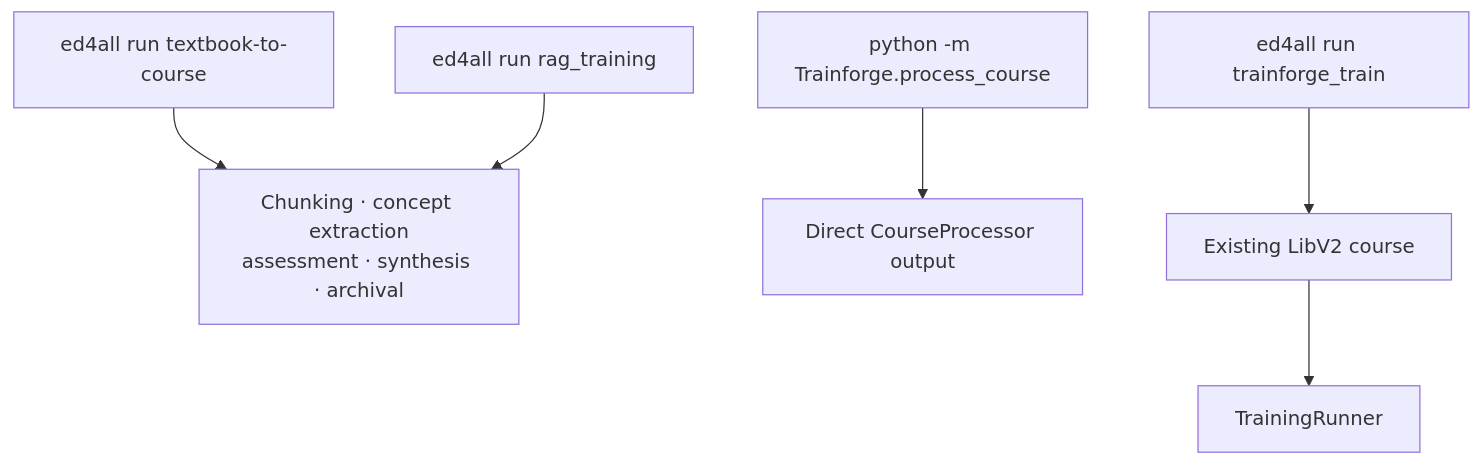
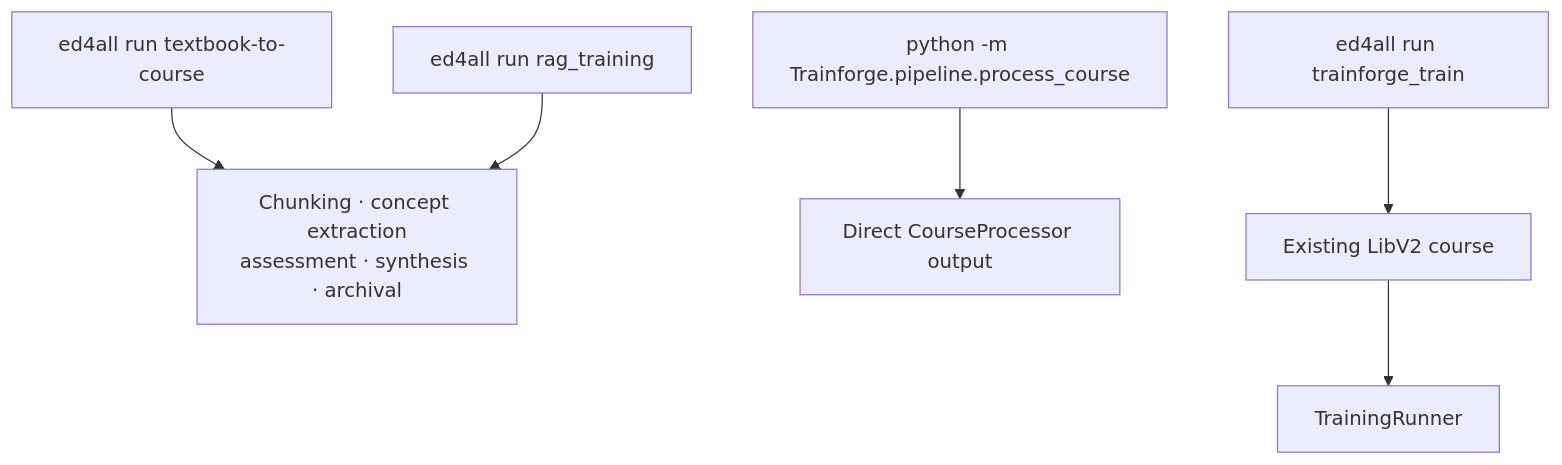
One commit to mdmurphy822/Ed4All changed the second of 3 diagrams in Trainforge/architecture.md. Above: the diagram before and after it, drawn with Mermaid. The commit also changed 149 other files, not shown here.

Commit message:
refactor(trainforge): place course processing under pipeline

````diff
--- a/Trainforge/architecture.md
+++ b/Trainforge/architecture.md
@@ -43,8 +43,8 @@
 ```mermaid
 flowchart TB
     full["ed4all run textbook-to-course"] --> phases["Chunking · concept extraction<br/>assessment · synthesis · archival"]
     rag["ed4all run rag_training"] --> phases
-    direct["python -m Trainforge.process_course"] --> processor["Direct CourseProcessor output"]
+    direct["python -m Trainforge.pipeline.process_course"] --> processor["Direct CourseProcessor output"]
     train["ed4all run trainforge_train"] --> imported["Existing LibV2 course"]
     imported --> fit["TrainingRunner"]
 ```
````
